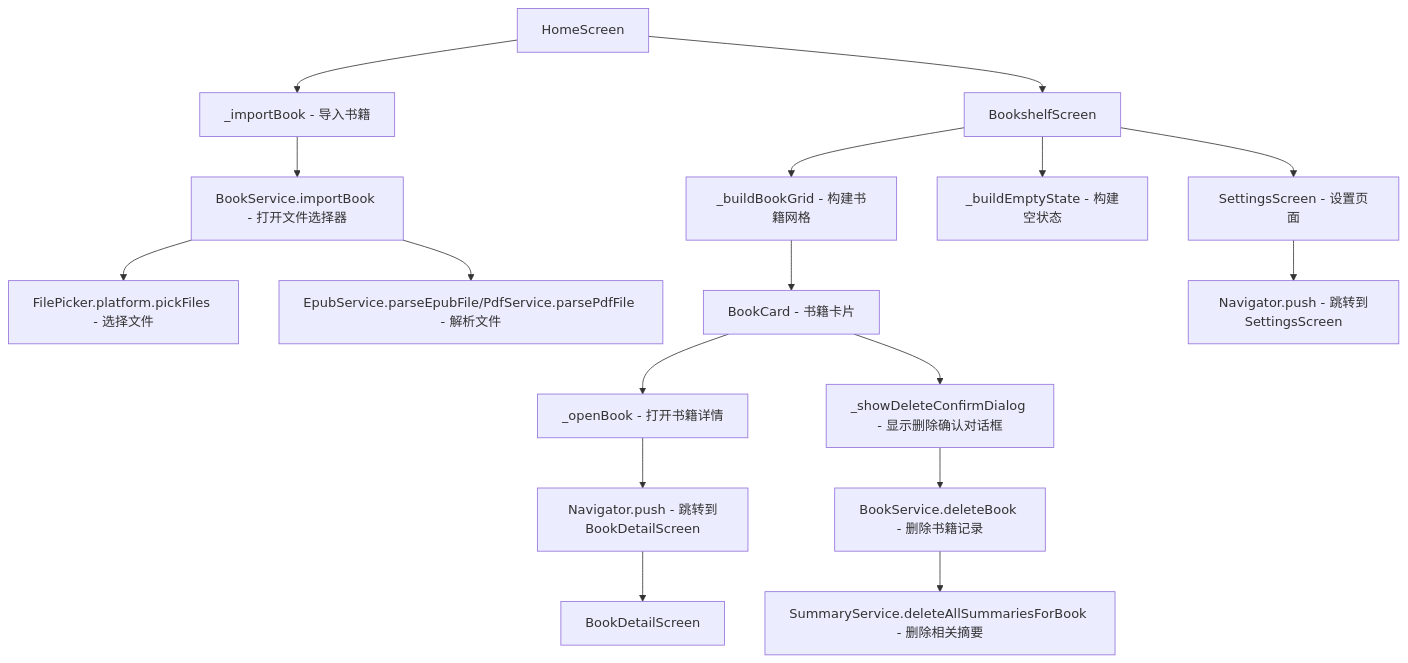
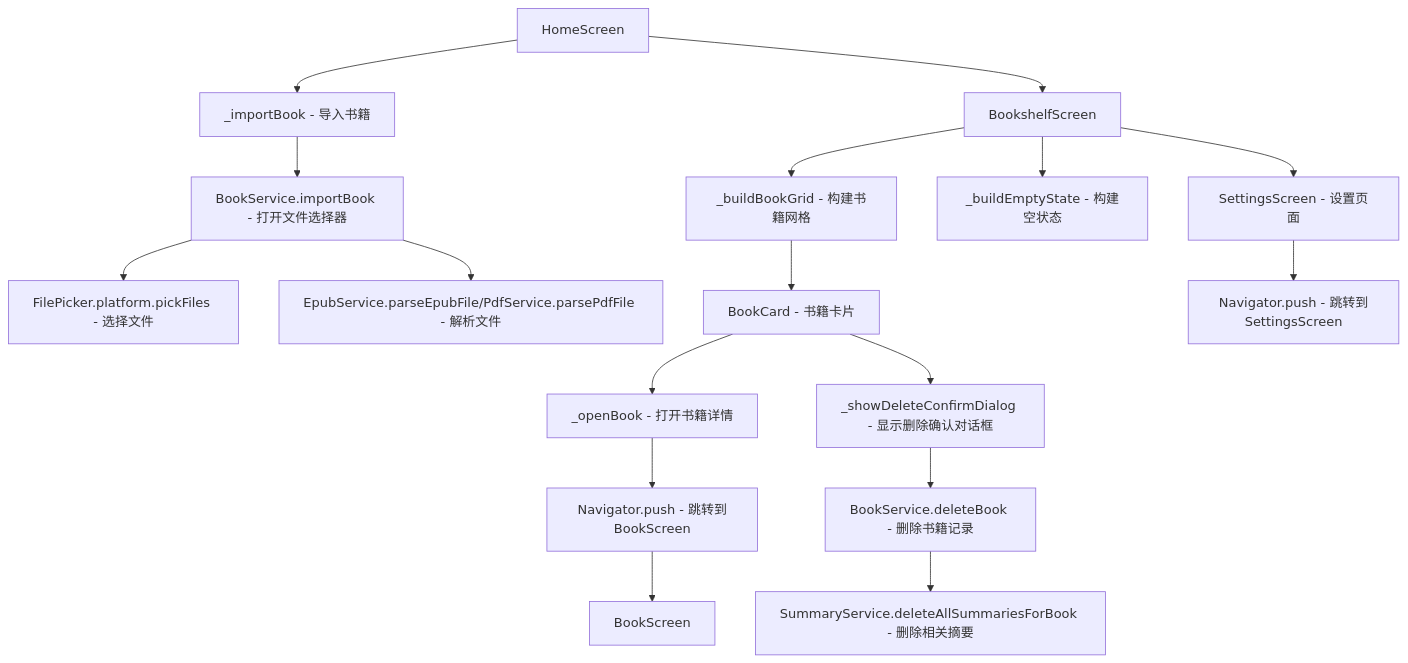
Before and after one commit to jjzhang2000/zhidu: the third of 14 diagrams in docs/function_call_relationships.md, drawn with Mermaid. The commit also changed other lines of this file and 30 other files, not shown here.

First line of the commit message:
refactor: 重命名 SummaryScreen 为 ChapterScreen，BookDetailScreen 为 BookScreen

````diff
--- a/docs/function_call_relationships.md
+++ b/docs/function_call_relationships.md
@@ -80,23 +80,23 @@
 ```mermaid
 graph TD
     A[HomeScreen] --> B[BookshelfScreen]
     A --> C[_importBook - 导入书籍]
     C --> D[BookService.importBook - 打开文件选择器]
     D --> E[FilePicker.platform.pickFiles - 选择文件]
     D --> F[EpubService.parseEpubFile/PdfService.parsePdfFile - 解析文件]
     
     B --> G[_buildBookGrid - 构建书籍网格]
     B --> H[_buildEmptyState - 构建空状态]
     G --> I[BookCard - 书籍卡片]
     
     I --> J[_openBook - 打开书籍详情]
-    J --> K[Navigator.push - 跳转到BookDetailScreen]
-    K --> L[BookDetailScreen]
+    J --> K[Navigator.push - 跳转到BookScreen]
+    K --> L[BookScreen]
     
     I --> M[_showDeleteConfirmDialog - 显示删除确认对话框]
     M --> N[BookService.deleteBook - 删除书籍记录]
     N --> O[SummaryService.deleteAllSummariesForBook - 删除相关摘要]
     
     B --> P[SettingsScreen - 设置页面]
     P --> Q[Navigator.push - 跳转到SettingsScreen]
 ```
````
